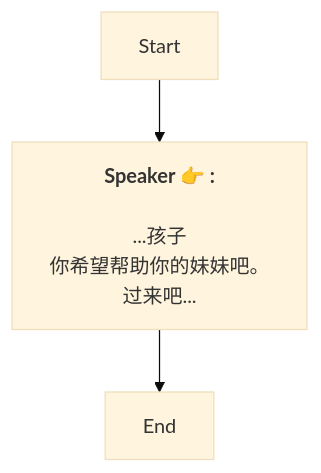
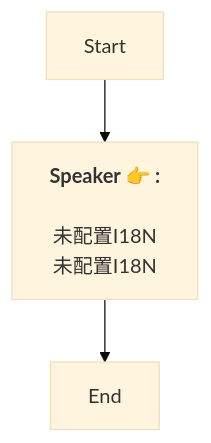
The diagram in Zh/QuestStartTalkENode_1738549796738302.md (SoftHu/tos_avg), drawn with Mermaid (base theme) before and after one commit. The commit also changed 730 other files, not shown here.

````diff
--- a/Zh/QuestStartTalkENode_1738549796738302.md
+++ b/Zh/QuestStartTalkENode_1738549796738302.md
@@ -1,8 +1,7 @@
 ```mermaid
 graph
 Start -->1738549822633217[<b>Speaker 👉 :</b>
-\n...孩子
-你希望帮助你的妹妹吧。\n过来吧...]
+\n未配置I18N\n未配置I18N]
 1738549822633217 -->1738549983939842[End]
 
 ```
````
